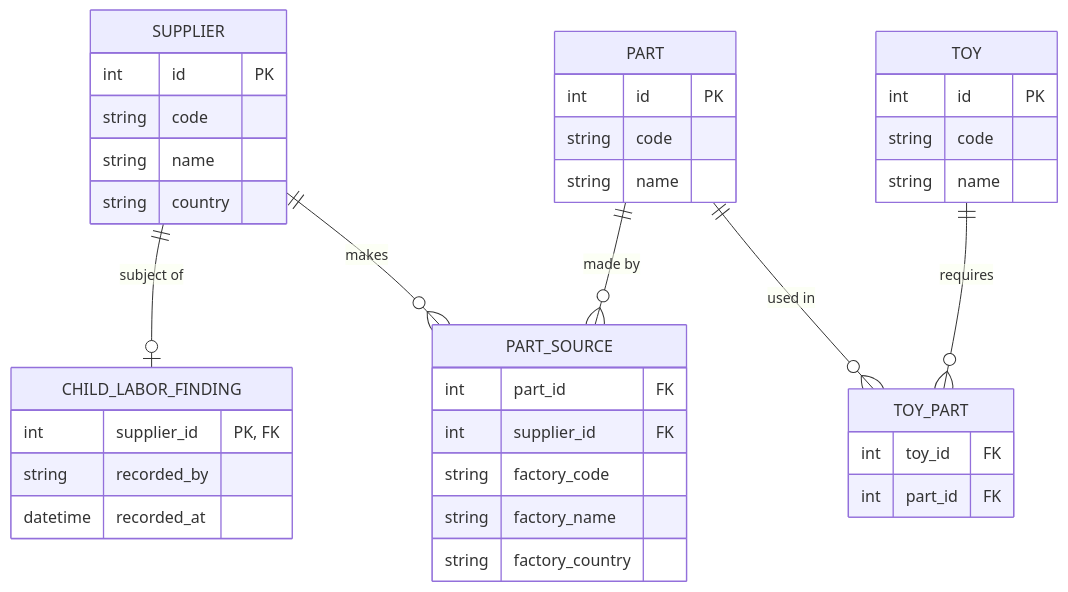
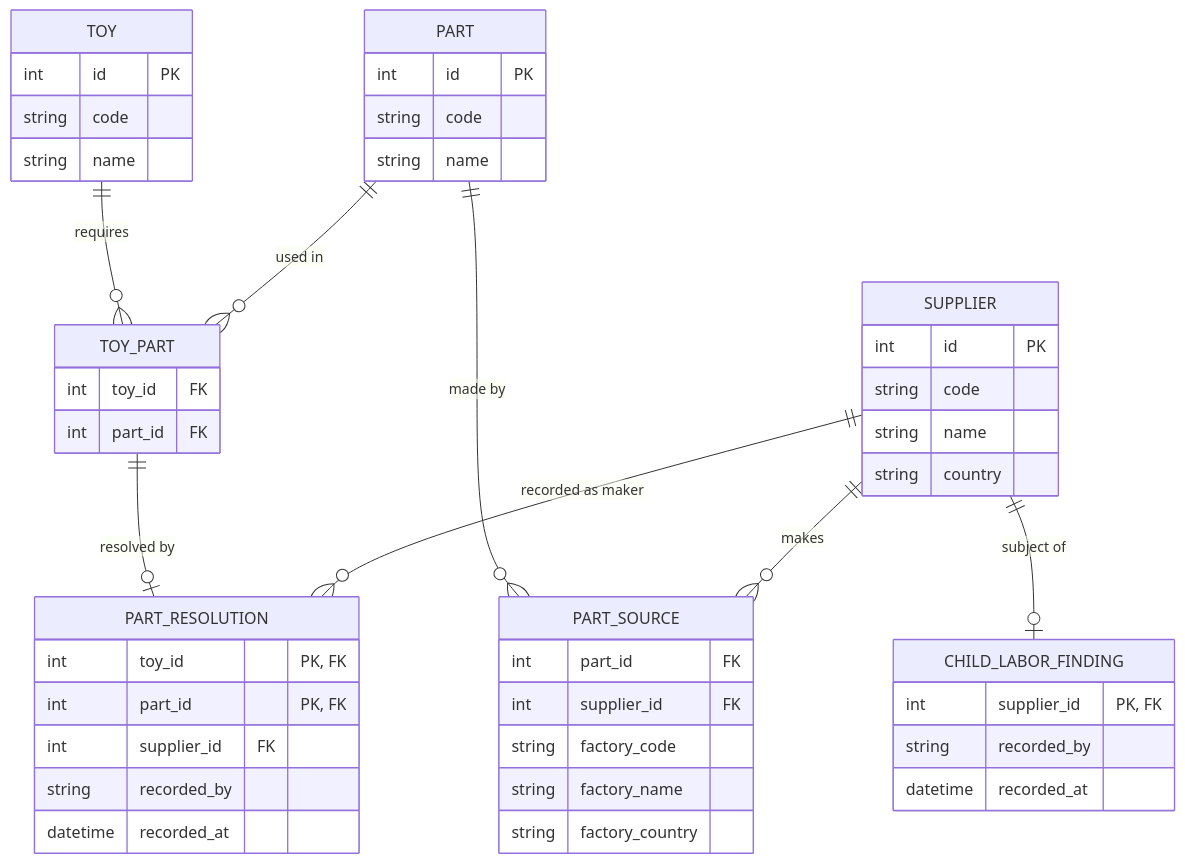
One commit to take-home-tract/FairToy changed the fourth of 5 diagrams in docs/design.md. Above: the diagram before and after it, drawn with Mermaid. The commit also changed other lines of this file and 31 other files, not shown here.

First line of the commit message:
Resolutions: record which supplier made a possibly affected part

````diff
--- a/docs/design.md
+++ b/docs/design.md
@@ -92,29 +92,36 @@
 ```mermaid
 erDiagram
     SUPPLIER ||--o| CHILD_LABOR_FINDING : "subject of"
     TOY ||--o{ TOY_PART : requires
     PART ||--o{ TOY_PART : "used in"
     PART ||--o{ PART_SOURCE : "made by"
     SUPPLIER ||--o{ PART_SOURCE : makes
 
     TOY { int id PK
         string code
         string name }
     PART { int id PK
         string code
         string name }
     SUPPLIER { int id PK
         string code
         string name
         string country }
     TOY_PART { int toy_id FK
         int part_id FK }
     PART_SOURCE { int part_id FK
         int supplier_id FK
         string factory_code
         string factory_name
         string factory_country }
     CHILD_LABOR_FINDING { int supplier_id "PK, FK"
         string recorded_by
         datetime recorded_at }
+    TOY_PART ||--o| PART_RESOLUTION : "resolved by"
+    SUPPLIER ||--o{ PART_RESOLUTION : "recorded as maker"
+    PART_RESOLUTION { int toy_id "PK, FK"
+        int part_id "PK, FK"
+        int supplier_id FK
+        string recorded_by
+        datetime recorded_at }
 ```
````
